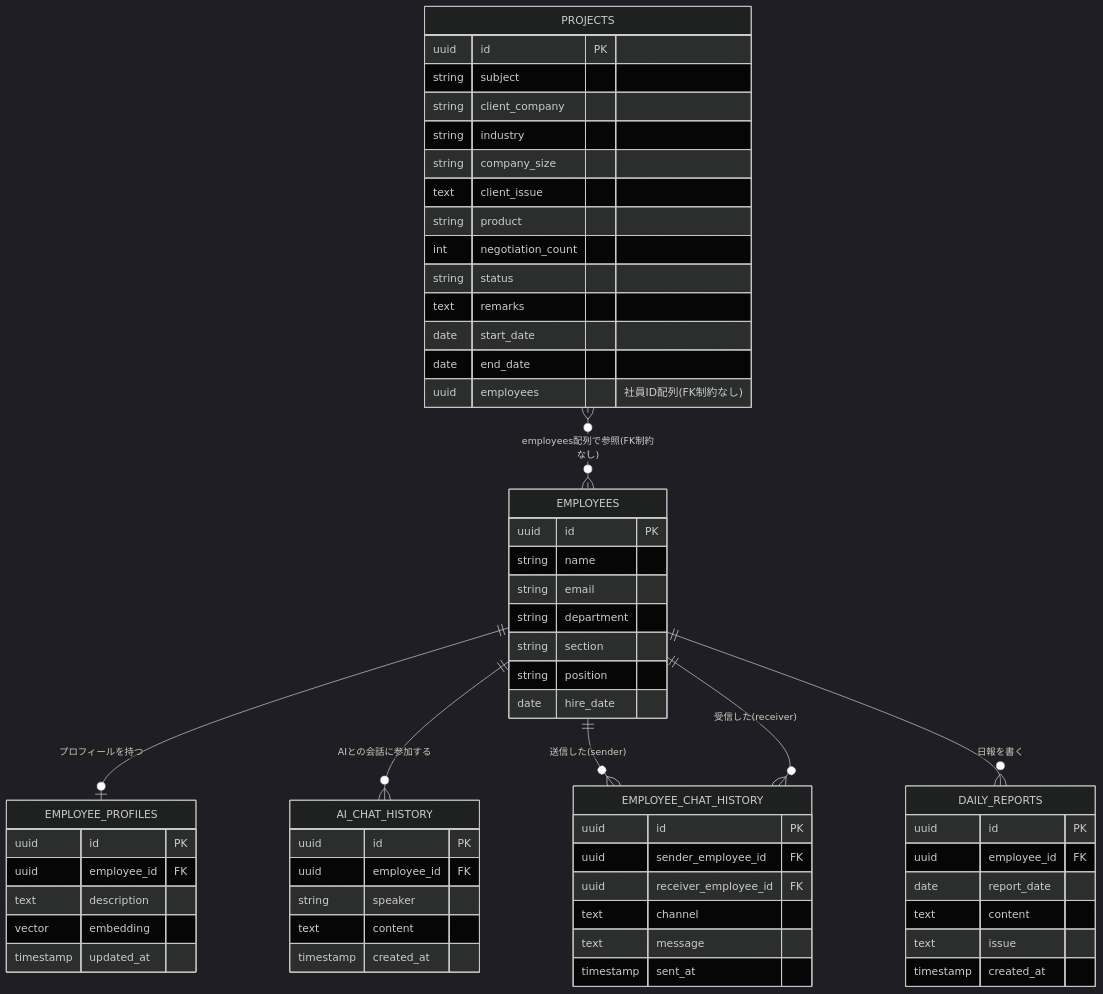
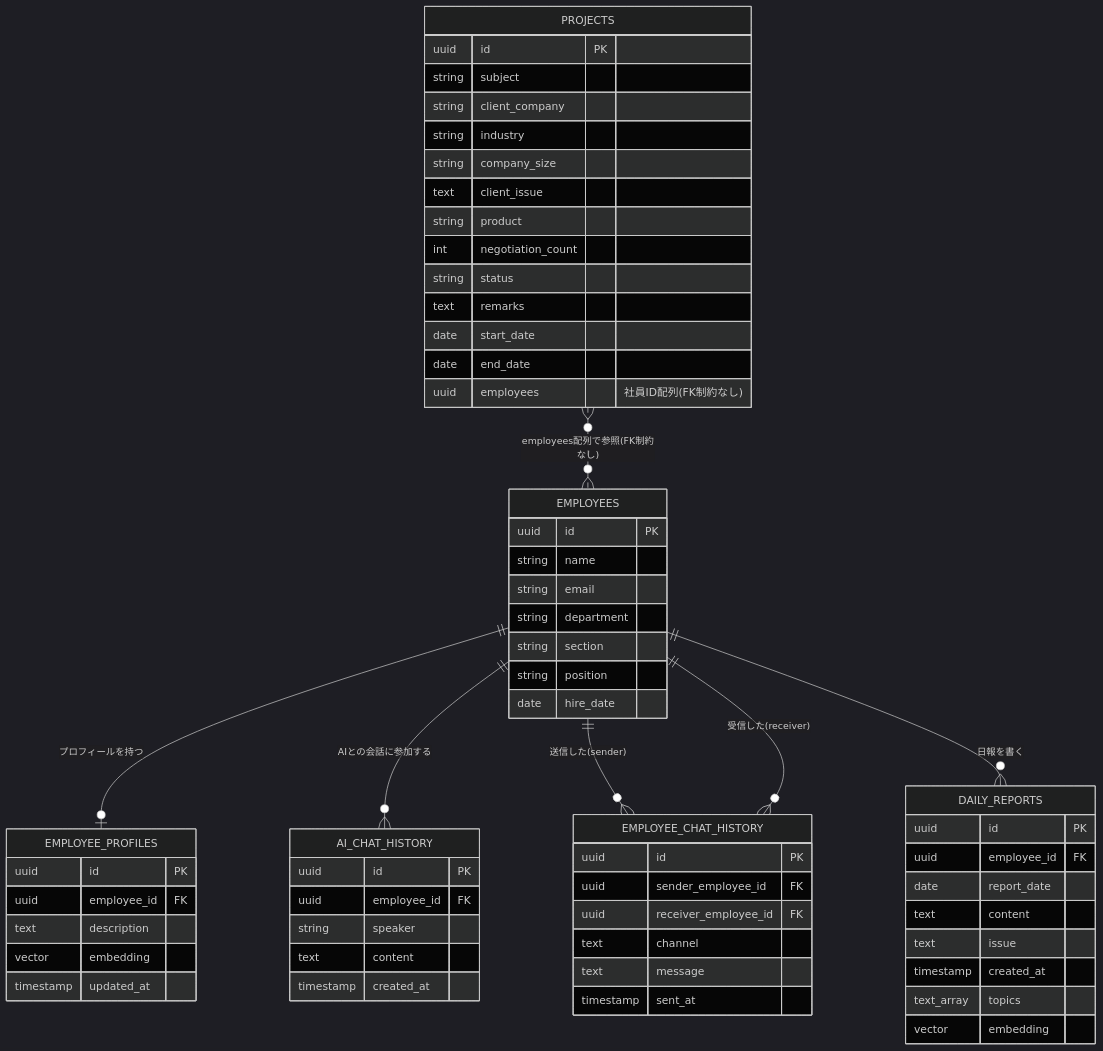
One commit to shiyow5/TEKIJIN changed the first of 4 diagrams in docs/specs/db-schema.md. Above: the diagram before and after it, drawn with Mermaid (dark theme). The commit also changed other lines of this file and 4 other files, not shown here.

````diff
--- a/docs/specs/db-schema.md
+++ b/docs/specs/db-schema.md
@@ -17,64 +18,66 @@
 ```mermaid
 erDiagram
   EMPLOYEES ||--o| EMPLOYEE_PROFILES : "プロフィールを持つ"
   EMPLOYEES ||--o{ AI_CHAT_HISTORY : "AIとの会話に参加する"
   EMPLOYEES ||--o{ EMPLOYEE_CHAT_HISTORY : "送信した(sender)"
   EMPLOYEES ||--o{ EMPLOYEE_CHAT_HISTORY : "受信した(receiver)"
   EMPLOYEES ||--o{ DAILY_REPORTS : "日報を書く"
   PROJECTS }o..o{ EMPLOYEES : "employees配列で参照(FK制約なし)"
 
   EMPLOYEES {
     uuid id PK
     string name
     string email
     string department
     string section
     string position
     date hire_date
   }
   EMPLOYEE_PROFILES {
     uuid id PK
     uuid employee_id FK
     text description
     vector embedding
     timestamp updated_at
   }
   AI_CHAT_HISTORY {
     uuid id PK
     uuid employee_id FK
     string speaker
     text content
     timestamp created_at
   }
   EMPLOYEE_CHAT_HISTORY {
     uuid id PK
     uuid sender_employee_id FK
     uuid receiver_employee_id FK
     text channel
     text message
     timestamp sent_at
   }
   DAILY_REPORTS {
     uuid id PK
     uuid employee_id FK
     date report_date
     text content
     text issue
     timestamp created_at
+    text_array topics
+    vector embedding
   }
   PROJECTS {
     uuid id PK
     string subject
     string client_company
     string industry
     string company_size
     text client_issue
     string product
     int negotiation_count
     string status
     text remarks
     date start_date
     date end_date
     uuid employees "社員ID配列(FK制約なし)"
   }
 ```
````
